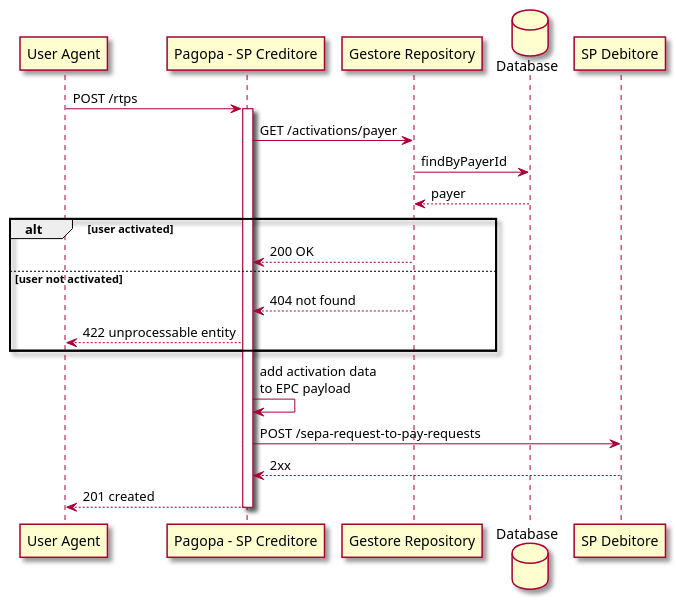
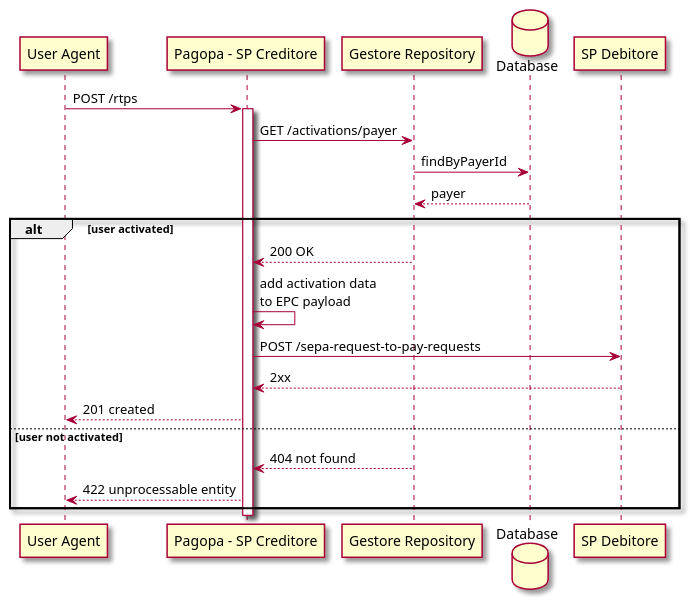
Before and after one commit to pagopa/rtp-docs: the diagram in diagrams/send.puml, drawn with PlantUML. The commit also changed other lines of this file, not shown here.

```diff
--- a/diagrams/send.puml
+++ b/diagrams/send.puml
@@ -1,33 +1,33 @@
 @startuml
 
 skin rose
 participant "User Agent" as UA
 participant "Pagopa - SP Creditore" as SPC
 participant "Gestore Repository" as GR
 database "Database" as DB
 participant "SP Debitore" as SPD
 
 UA -> SPC: POST /rtps
 activate SPC
 
 
 SPC -> GR: GET /activations/payer
 GR -> DB: findByPayerId
 DB --> GR: payer
 
 alt user activated
 GR --> SPC: 200 OK
 
+SPC -> SPC: add activation data \nto EPC payload
+SPC -> SPD: POST /sepa-request-to-pay-requests
+SPD --> SPC: 2xx
+SPC --> UA: 201 created
+
 else user not activated
 GR --> SPC: 404 not found
 SPC --> UA: 422 unprocessable entity
 end
 
-SPC -> SPC: add activation data \nto EPC payload
-SPC -> SPD: POST /sepa-request-to-pay-requests
-SPD --> SPC: 2xx
-SPC --> UA: 201 created
-
 deactivate SPC
 
 @enduml
```
